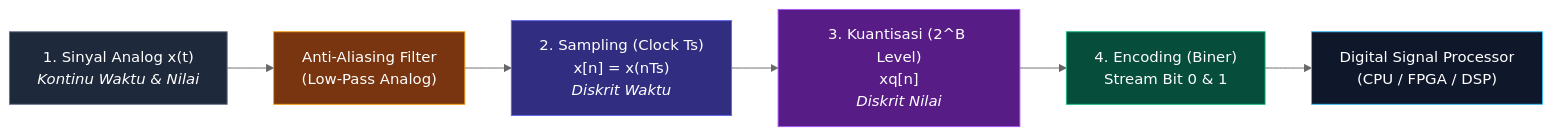
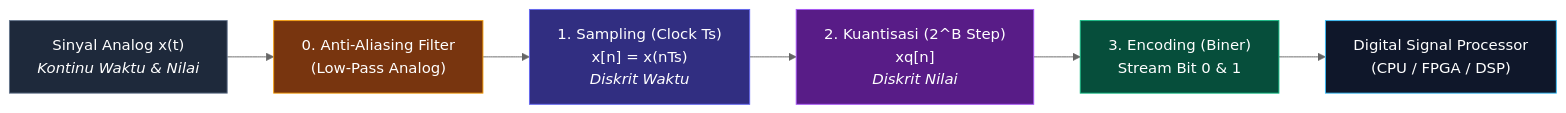
Before and after one commit to wheresabuy/PSD: the seventh of 9 diagrams in README.md, drawn with Mermaid (neutral theme). The commit also changed other lines of this file, not shown here.

Commit message:
Rewrite modul ke format Buku Ajar Lengkap: Penjelasan naratif mendalam, analogi kehidupan nyata ramah orang awam, bedah rumus, dan diagram visual asli

````diff
--- a/README.md
+++ b/README.md
@@ -128,15 +283,15 @@
 ```mermaid
 flowchart LR
-    Analog["1. Sinyal Analog x(t)<br><i>Kontinu Waktu & Nilai</i>"] --> LPF["Anti-Aliasing Filter<br>(Low-Pass Analog)"]
-    LPF --> Sampler["2. Sampling (Clock Ts)<br>x[n] = x(nTs)<br><i>Diskrit Waktu</i>"]
-    Sampler --> Quantizer["3. Kuantisasi (2^B Level)<br>xq[n]<br><i>Diskrit Nilai</i>"]
-    Quantizer --> Encoder["4. Encoding (Biner)<br>Stream Bit 0 & 1"]
+    Analog["Sinyal Analog x(t)<br><i>Kontinu Waktu & Nilai</i>"] --> LPF["0. Anti-Aliasing Filter<br>(Low-Pass Analog)"]
+    LPF --> Sampler["1. Sampling (Clock Ts)<br>x[n] = x(nTs)<br><i>Diskrit Waktu</i>"]
+    Sampler --> Quantizer["2. Kuantisasi (2^B Step)<br>xq[n]<br><i>Diskrit Nilai</i>"]
+    Quantizer --> Encoder["3. Encoding (Biner)<br>Stream Bit 0 & 1"]
     Encoder --> DSPCore["Digital Signal Processor<br>(CPU / FPGA / DSP)"]
 
     style Analog fill:#1e293b,stroke:#64748b,color:#fff
     style LPF fill:#78350f,stroke:#f59e0b,color:#fff
     style Sampler fill:#312e81,stroke:#6366f1,color:#fff
     style Quantizer fill:#581c87,stroke:#a855f7,color:#fff
     style Encoder fill:#064e3b,stroke:#10b981,color:#fff
     style DSPCore fill:#0f172a,stroke:#38bdf8,color:#fff
 ```
````
